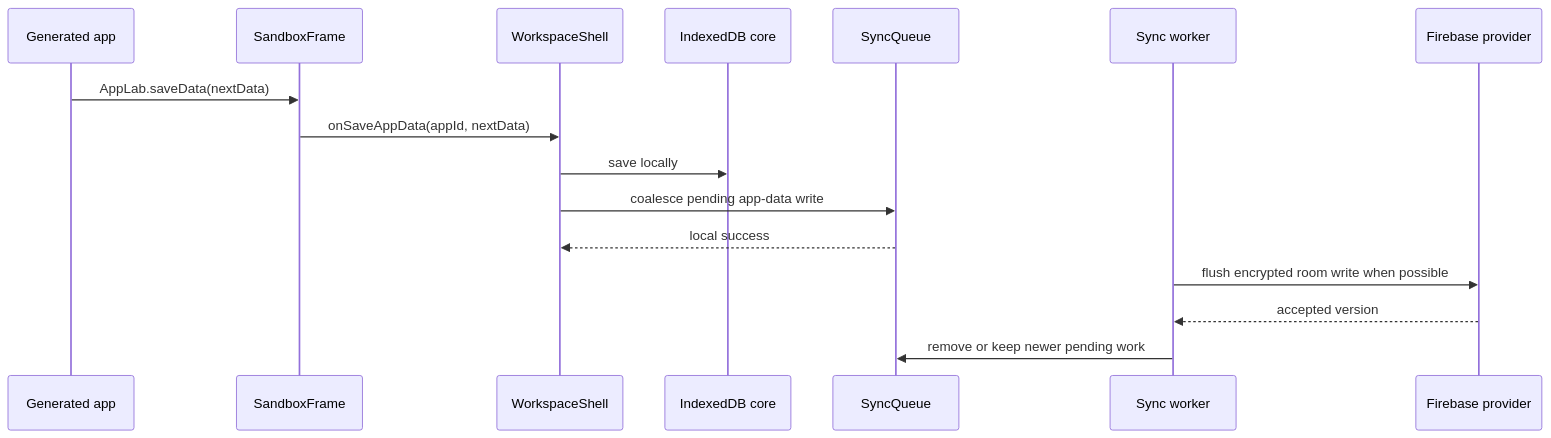
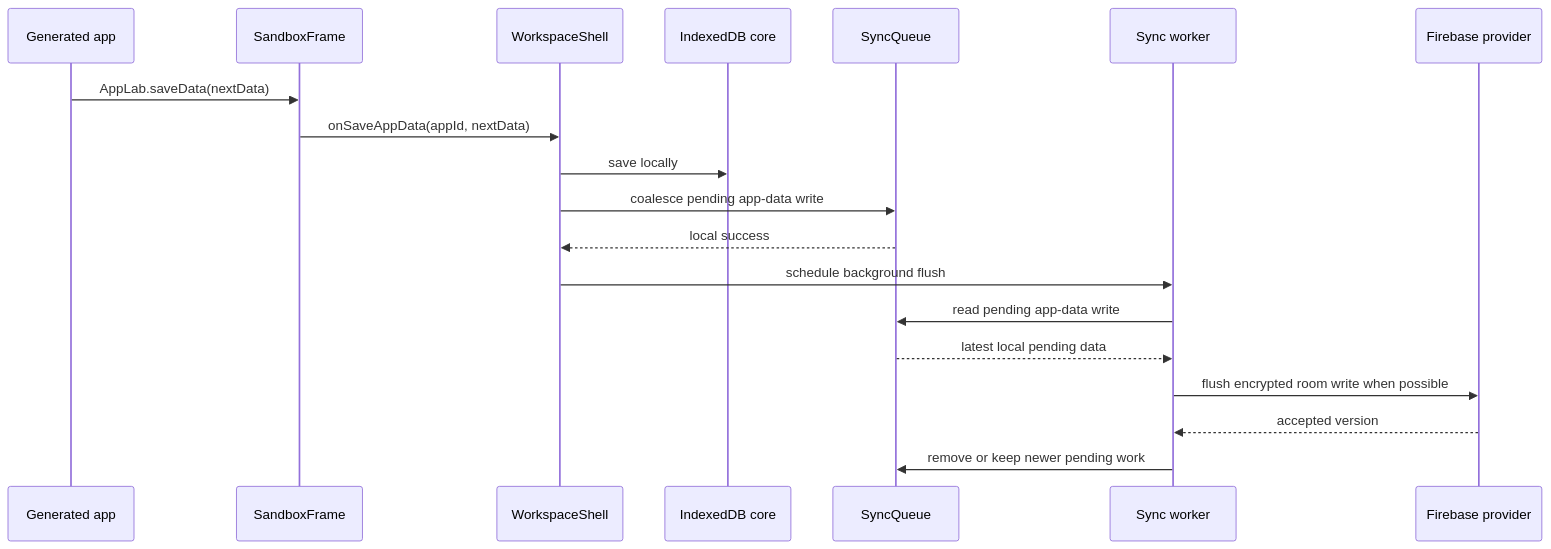
The second of 2 diagrams in docs/2.architecture-sync.md (loelindstrom/app-lab), drawn with Mermaid before and after one commit.

Commit message:
Small doc update

````diff
--- a/docs/2.architecture-sync.md
+++ b/docs/2.architecture-sync.md
@@ -204,19 +204,22 @@
 ```mermaid
 sequenceDiagram
   participant App as Generated app
   participant Runtime as SandboxFrame
   participant Shell as WorkspaceShell
   participant Core as IndexedDB core
   participant Queue as SyncQueue
   participant Worker as Sync worker
   participant Provider as Firebase provider
 
   App->>Runtime: AppLab.saveData(nextData)
   Runtime->>Shell: onSaveAppData(appId, nextData)
   Shell->>Core: save locally
   Shell->>Queue: coalesce pending app-data write
   Queue-->>Shell: local success
+  Shell->>Worker: schedule background flush
+  Worker->>Queue: read pending app-data write
+  Queue-->>Worker: latest local pending data
   Worker->>Provider: flush encrypted room write when possible
   Provider-->>Worker: accepted version
   Worker->>Queue: remove or keep newer pending work
 ```
````
